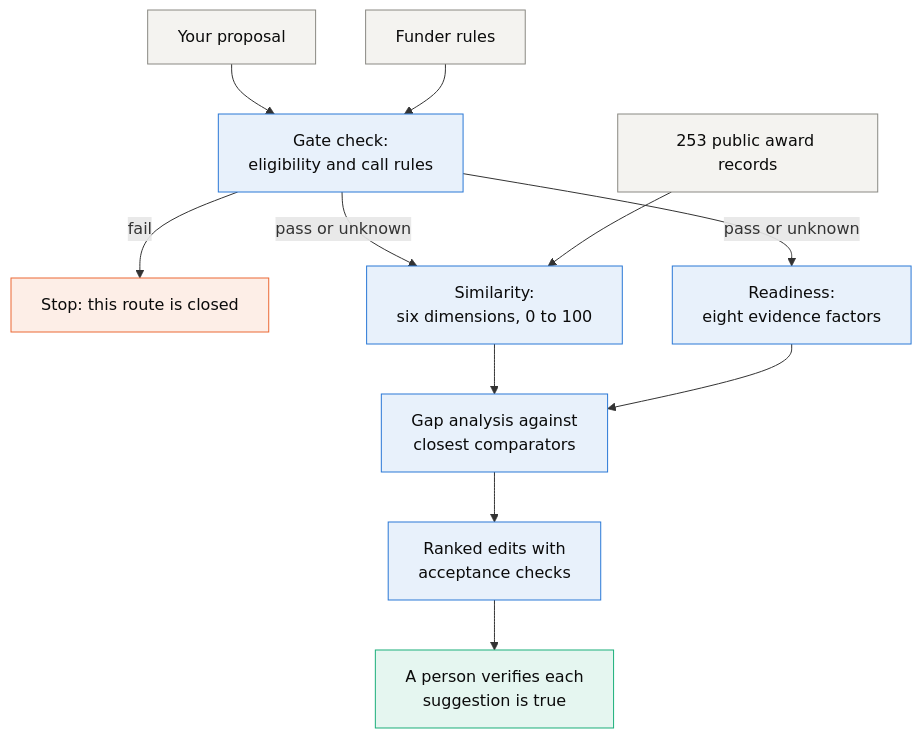
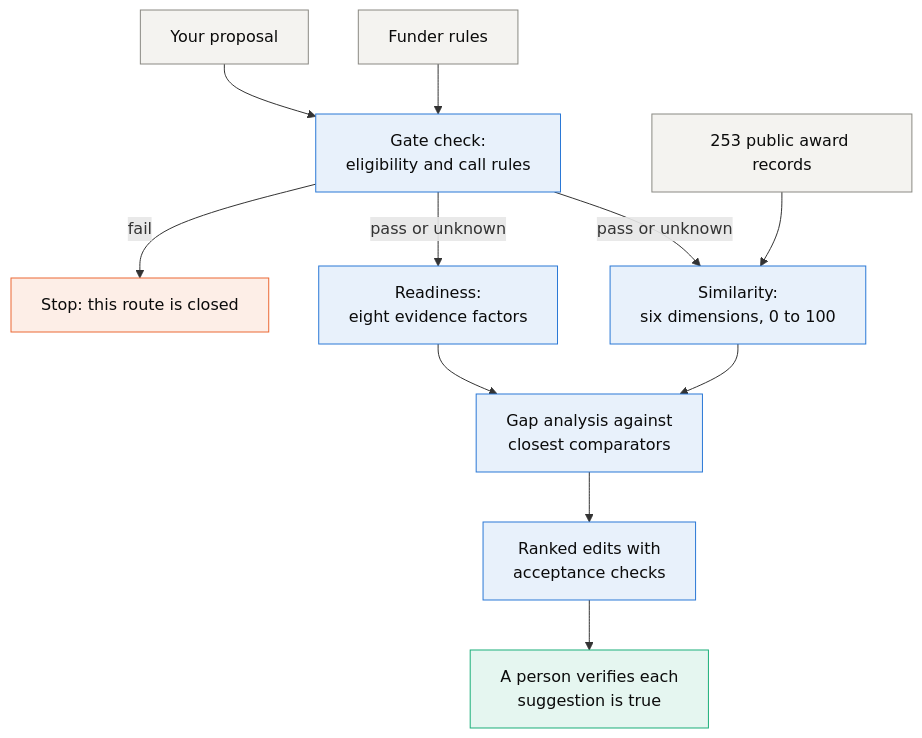
Before and after one commit to jon-chun/hrf_2026_hack-and-tell_anonymizer: the diagram in docs/figures/grant-critic-pipeline.mmd, drawn with Mermaid. The commit also changed 30 other files, not shown here.

```diff
--- a/docs/figures/grant-critic-pipeline.mmd
+++ b/docs/figures/grant-critic-pipeline.mmd
@@ -1,19 +1,19 @@
 graph TD
   A[Your proposal] --> C[Gate check:<br/>eligibility and call rules]
   B[Funder rules] --> C
   C -->|fail| X[Stop: this route is closed]
+  C -->|pass or unknown| E[Readiness:<br/>eight evidence factors]
   C -->|pass or unknown| D[Similarity:<br/>six dimensions, 0 to 100]
   R[253 public award records] --> D
-  C -->|pass or unknown| E[Readiness:<br/>eight evidence factors]
-  D --> F[Gap analysis against<br/>closest comparators]
-  E --> F
+  E --> F[Gap analysis against<br/>closest comparators]
+  D --> F
   F --> G[Ranked edits with<br/>acceptance checks]
   G --> H[A person verifies each<br/>suggestion is true]
   class A,B,R neutral
   class C,D,E,F,G local
   class X provider
   class H human
   classDef local fill:#e8f1fb,stroke:#2a78d6,color:#0b0b0b
   classDef provider fill:#fdeee7,stroke:#eb6834,color:#0b0b0b
   classDef human fill:#e5f6f0,stroke:#1baf7a,color:#0b0b0b
   classDef neutral fill:#f4f3f0,stroke:#8a8983,color:#0b0b0b
```
